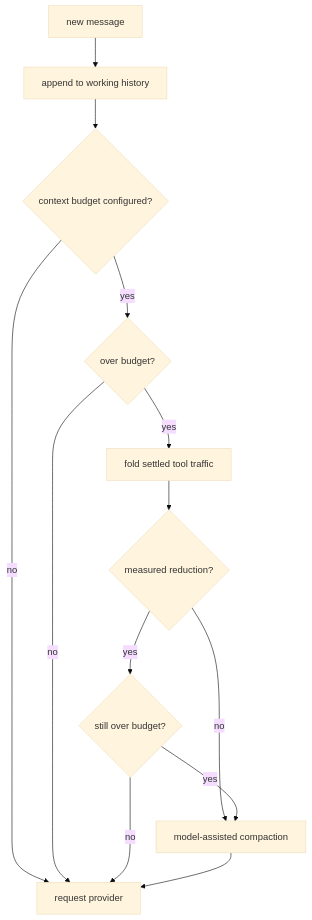
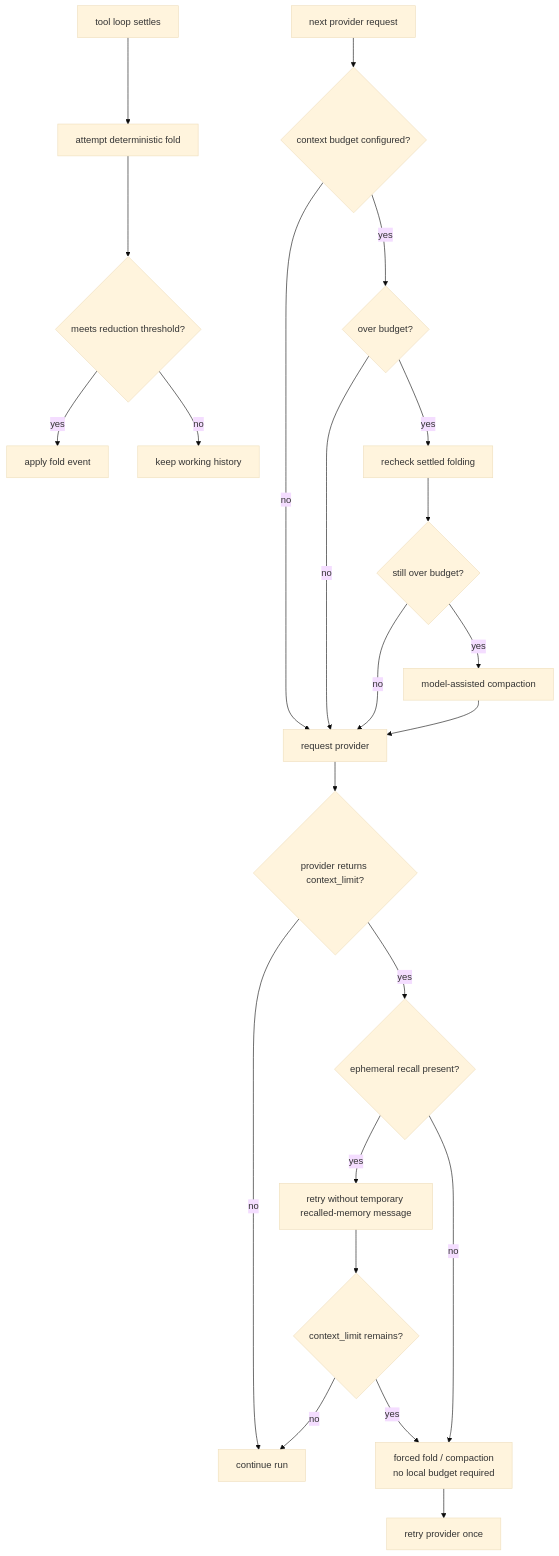
Before and after one commit to Wirhoss/nox: the second of 2 diagrams in README.md, drawn with Mermaid (base theme). The commit also changed other lines of this file and 3 other files, not shown here.

Commit message:
feat: enhance compaction logic and clarify context window behavior in documentation

````diff
--- a/README.md
+++ b/README.md
@@ -112,15 +116,27 @@
 ```mermaid
 flowchart TB
-  M["new message"] --> A["append to working history"]
-  A --> B{"context budget configured?"}
+  L["tool loop settles"] --> F["attempt deterministic fold"]
+  F --> R{"meets reduction threshold?"}
+  R -->|yes| A["apply fold event"]
+  R -->|no| K["keep working history"]
+
+  N["next provider request"] --> B{"context budget configured?"}
   B -->|no| S["request provider"]
   B -->|yes| P{"over budget?"}
   P -->|no| S
-  P -->|yes| F["fold settled tool traffic"]
-  F --> G{"measured reduction?"}
-  G -->|no| C
-  G -->|yes| ST{"still over budget?"}
+  P -->|yes| RF["recheck settled folding"]
+  RF --> ST{"still over budget?"}
   ST -->|no| S
   ST -->|yes| C["model-assisted compaction"]
   C --> S
+
+  S --> E{"provider returns context_limit?"}
+  E -->|no| O["continue run"]
+  E -->|yes| M{"ephemeral recall present?"}
+  M -->|yes| DR["retry without temporary recalled-memory message"]
+  DR --> E2{"context_limit remains?"}
+  E2 -->|no| O
+  E2 -->|yes| FR["forced fold / compaction<br/>no local budget required"]
+  M -->|no| FR
+  FR --> T["retry provider once"]
 ```
````
